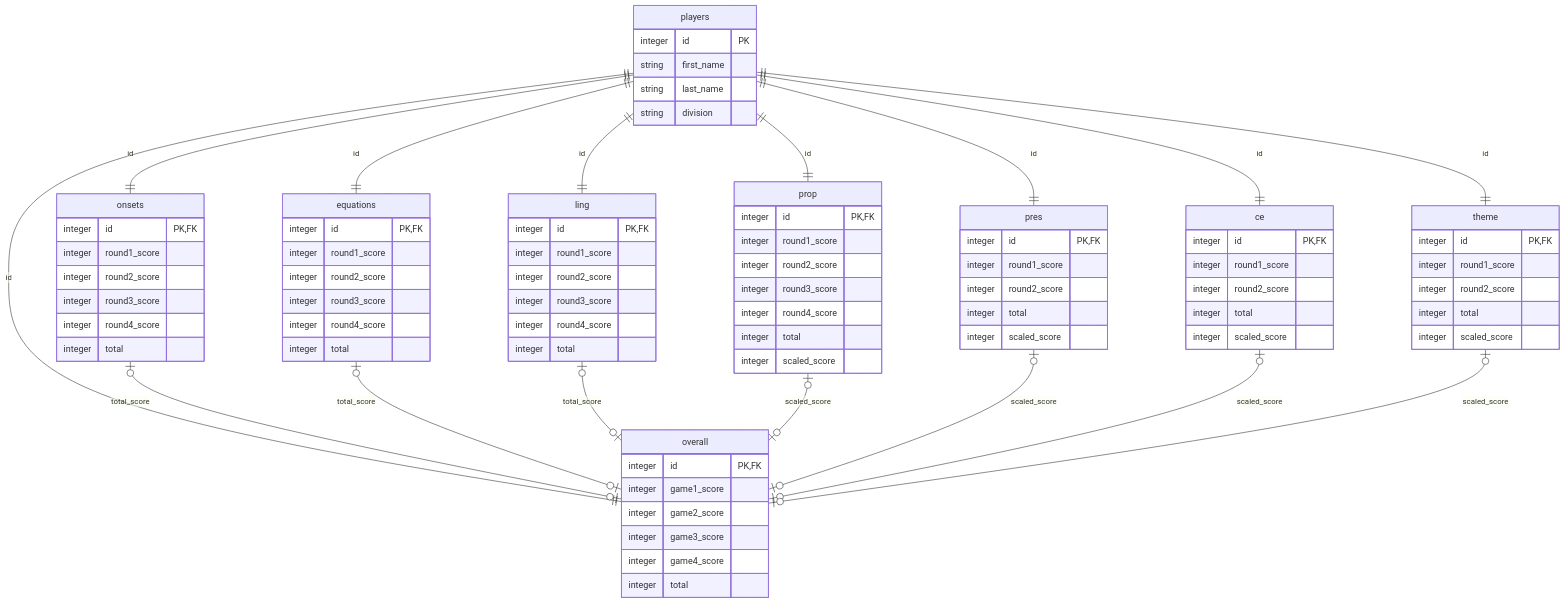
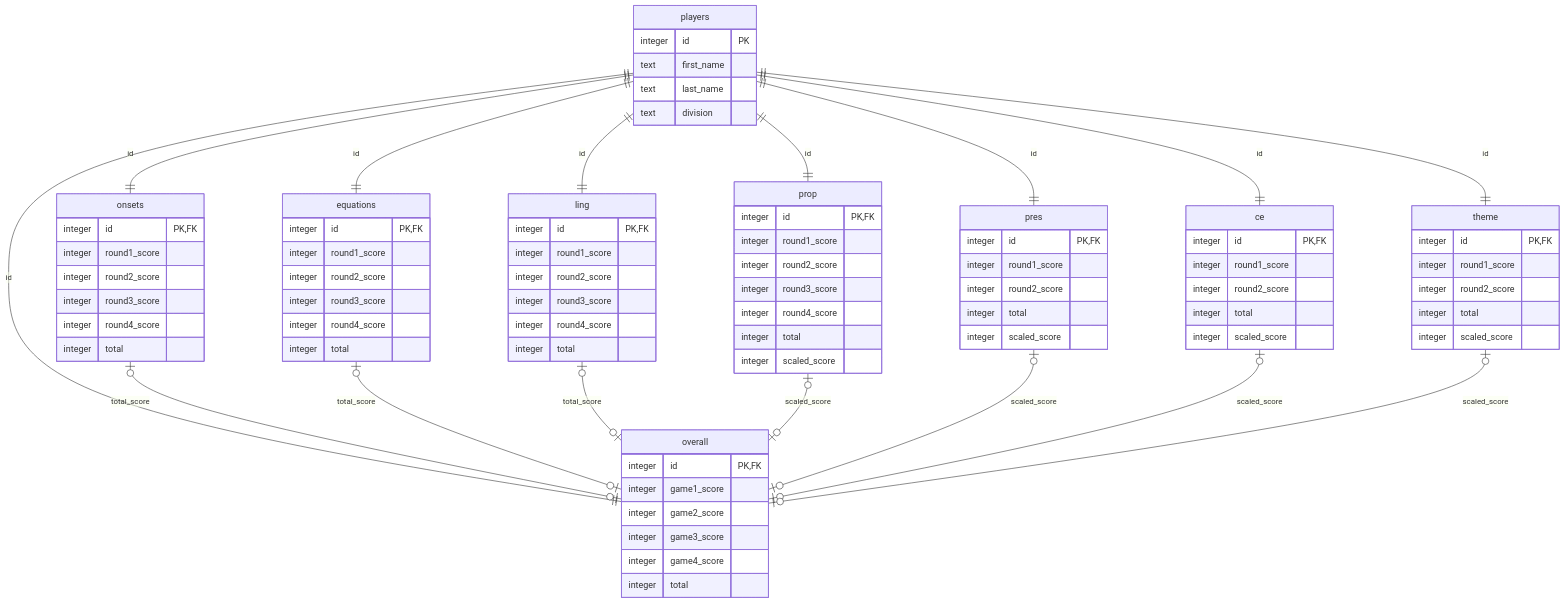
The diagram in README.md (rzhong9963/AG_Scoring), drawn with Mermaid before and after one commit. The commit also changed other lines of this file, not shown here.

```diff
--- a/README.md
+++ b/README.md
@@ -9,9 +9,9 @@
     erDiagram
         players{
             integer id PK
-            string first_name
-            string last_name
-            string division
+            text first_name
+            text last_name
+            text division
         }
         onsets{
             integer id PK,FK
```
